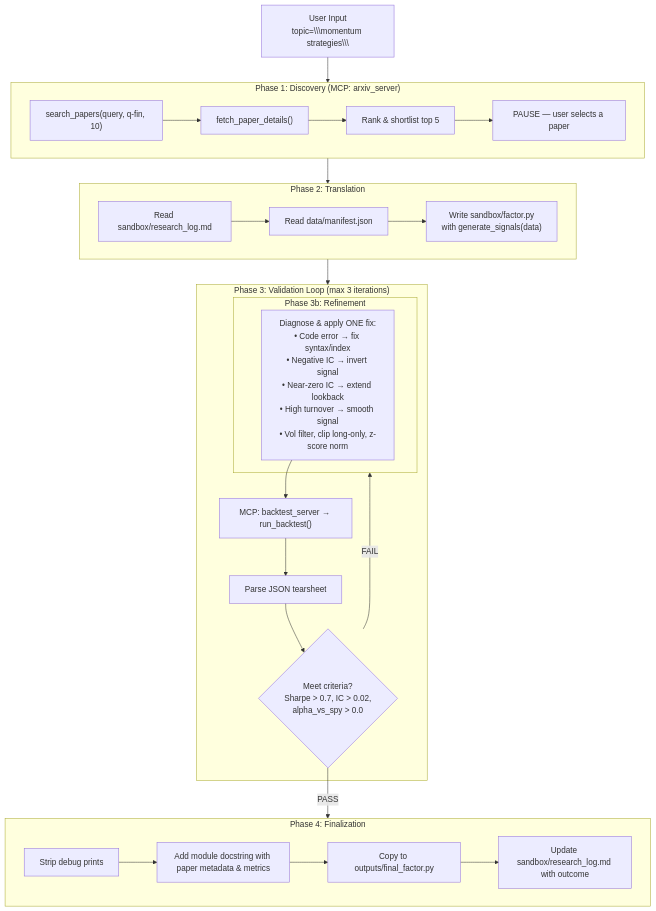
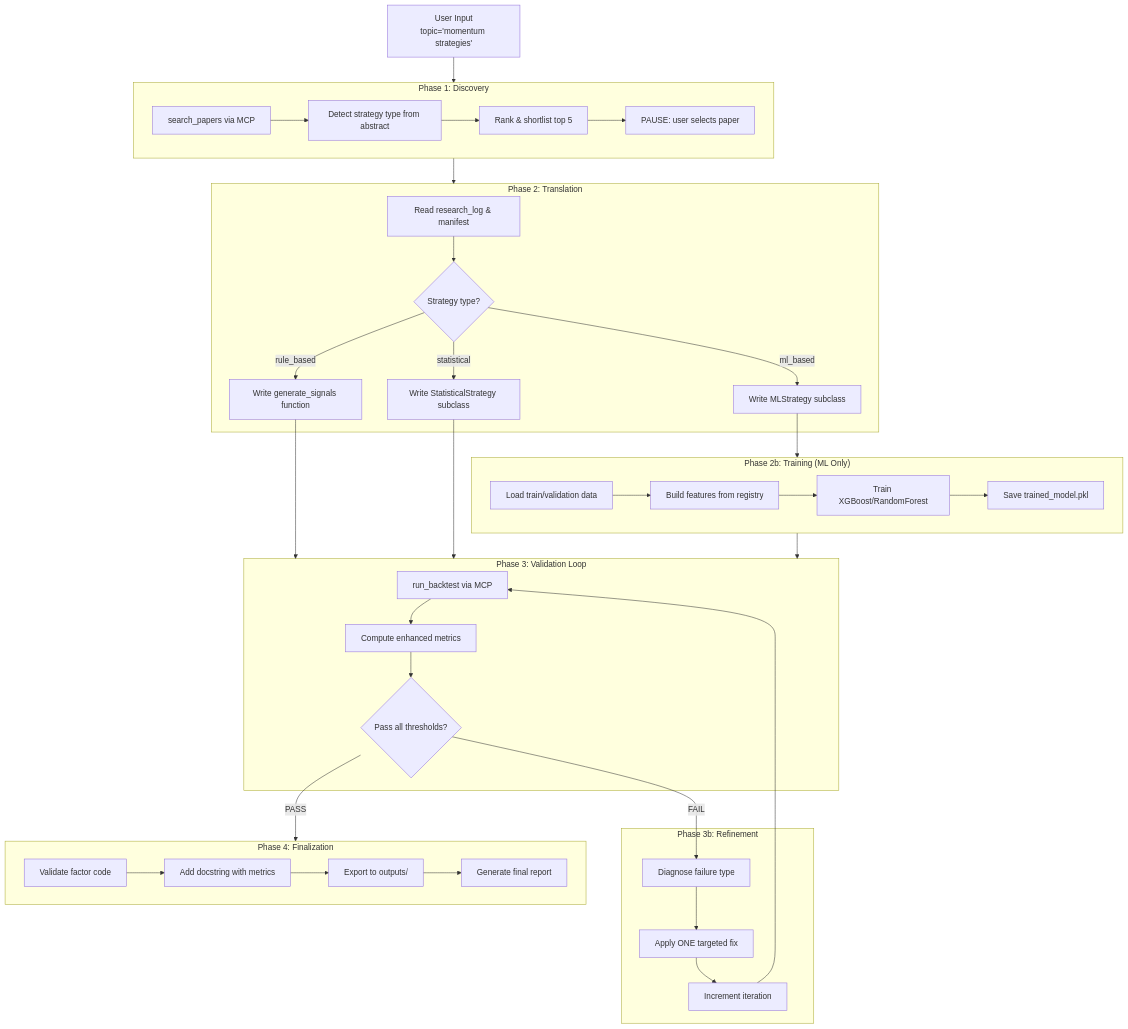
The diagram in paper-to-factor-pipeline/README.md (NatBrian/auto-research-finance), drawn with Mermaid before and after one commit. The commit also changed other lines of this file and 42 other files, not shown here.

````diff
--- a/paper-to-factor-pipeline/README.md
+++ b/paper-to-factor-pipeline/README.md
@@ -28,47 +37,67 @@
 ```mermaid
 flowchart TD
-    A["User Input<br/>topic=\\\"momentum strategies\\\""] --> B
+    A["User Input<br/>topic='momentum strategies'"] --> B
 
-    subgraph B["Phase 1: Discovery (MCP: arxiv_server)"]
-        B1["search_papers(query, q-fin, 10)"]
-        B2["fetch_paper_details()"]
+    subgraph B["Phase 1: Discovery"]
+        B1["search_papers via MCP"]
+        B2["Detect strategy type from abstract"]
         B3["Rank & shortlist top 5"]
-        B4["PAUSE — user selects a paper"]
+        B4["PAUSE: user selects paper"]
         B1 --> B2 --> B3 --> B4
     end
 
     B --> C
 
     subgraph C["Phase 2: Translation"]
-        C1["Read sandbox/research_log.md"]
-        C2["Read data/manifest.json"]
-        C3["Write sandbox/factor.py<br/>with generate_signals(data)"]
-        C1 --> C2 --> C3
+        C1["Read research_log & manifest"]
+        C2{"Strategy type?"}
+        C3["Write generate_signals function"]
+        C4["Write MLStrategy subclass"]
+        C5["Write StatisticalStrategy subclass"]
+        C1 --> C2
+        C2 -- "rule_based" --> C3
+        C2 -- "statistical" --> C5
+        C2 -- "ml_based" --> C4
     end
 
-    C --> D
+    C3 --> E
+    C5 --> E
+    C4 --> T
 
-    subgraph D["Phase 3: Validation Loop (max 3 iterations)"]
-        D1["MCP: backtest_server → run_backtest()"]
-        D2["Parse JSON tearsheet"]
-        D3{"Meet criteria?<br/>Sharpe > 0.7, IC > 0.02,<br/>alpha_vs_spy > 0.0"}
-
-        D1 --> D2 --> D3
-        D3 -- "FAIL" --> E
+    subgraph T["Phase 2b: Training (ML Only)"]
+        T1["Load train/validation data"]
+        T2["Build features from registry"]
+        T3["Train XGBoost/RandomForest"]
+        T4["Save trained_model.pkl"]
+        T1 --> T2 --> T3 --> T4
     end
 
-    subgraph E["Phase 3b: Refinement"]
-        E1["Diagnose & apply ONE fix:<br/>• Code error → fix syntax/index<br/>• Negative IC → invert signal<br/>• Near-zero IC → extend lookback<br/>• High turnover → smooth signal<br/>• Vol filter, clip long-only, z-score norm"]
-        E1 --> D1
+    T --> E
+
+    subgraph E["Phase 3: Validation Loop"]
+        E1["run_backtest via MCP"]
+        E2["Compute enhanced metrics"]
+        E3{"Pass all thresholds?"}
+        E1 --> E2 --> E3
     end
 
-    D3 -- "PASS" --> F
+    E3 -- "FAIL" --> F1
 
-    subgraph F["Phase 4: Finalization"]
-        F1["Strip debug prints"]
-        F2["Add module docstring with paper metadata & metrics"]
-        F3["Copy to outputs/final_factor.py"]
-        F4["Update sandbox/research_log.md with outcome"]
-        F1 --> F2 --> F3 --> F4
+    subgraph F["Phase 3b: Refinement"]
+        F1["Diagnose failure type"]
+        F2["Apply ONE targeted fix"]
+        F3["Increment iteration"]
+        F1 --> F2 --> F3
+        F3 --> E1
+    end
+
+    E3 -- "PASS" --> G
+
+    subgraph G["Phase 4: Finalization"]
+        G1["Validate factor code"]
+        G2["Add docstring with metrics"]
+        G3["Export to outputs/"]
+        G4["Generate final report"]
+        G1 --> G2 --> G3 --> G4
     end
 ```
````
